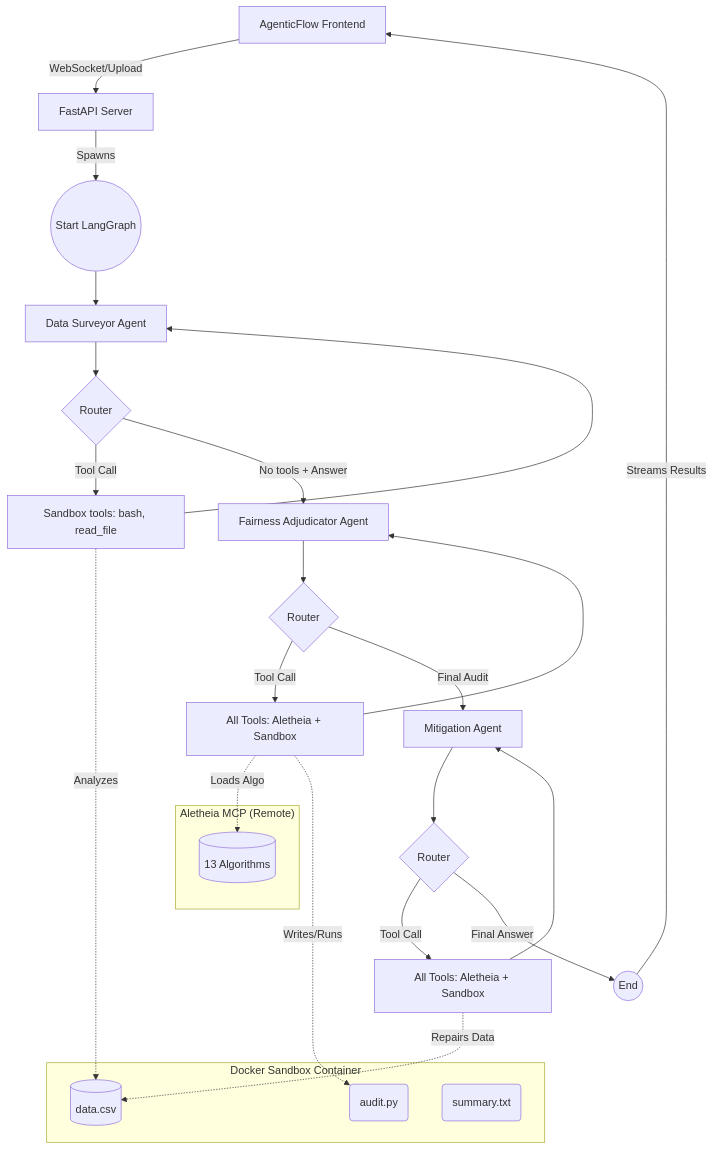
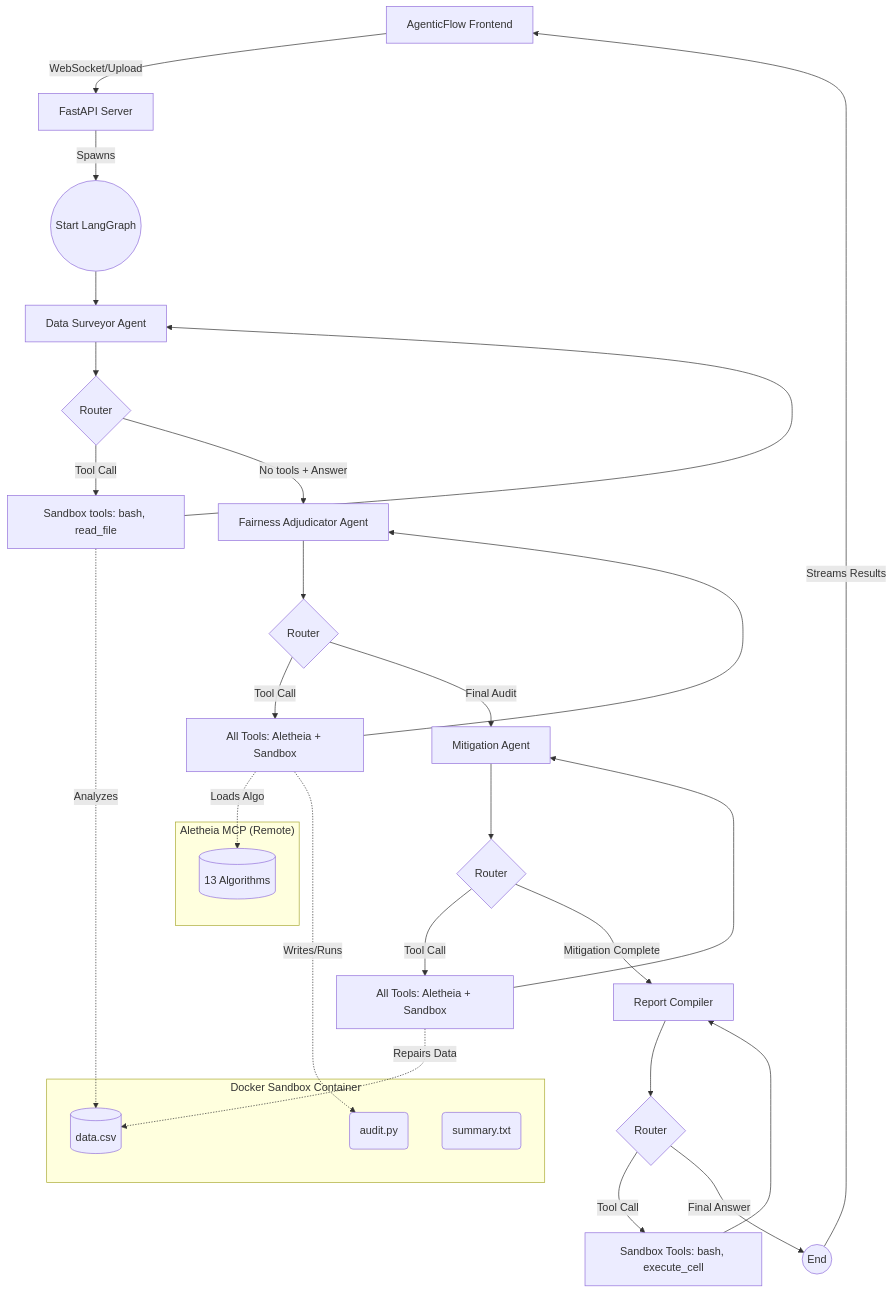
Before and after one commit to Aditya5191/Aletheia-AI: the diagram in README.md, drawn with Mermaid. The commit also changed other lines of this file and 10 other files, not shown here.

````diff
--- a/README.md
+++ b/README.md
@@ -82,47 +82,55 @@
 ```mermaid
 graph TD
     UI[AgenticFlow Frontend] -->|WebSocket/Upload| API[FastAPI Server]
     API -->|Spawns| START((Start LangGraph))
     START --> DS[Data Surveyor Agent]
     DS --> DS_ROUT{Router}
     
     %% Surveyor Loop
     DS_ROUT -->|Tool Call| ST[Sandbox tools: bash, read_file]
     ST --> DS
     
     %% Handoff
     DS_ROUT -->|No tools + Answer| FA[Fairness Adjudicator Agent]
     
     %% Adjudicator Loop
     FA --> FA_ROUT{Router}
     FA_ROUT -->|Tool Call| AT[All Tools: Aletheia + Sandbox]
     AT --> FA
     
     %% Mitigation Handoff
     FA_ROUT -->|Final Audit| MA[Mitigation Agent]
 
     %% Mitigation Loop
     MA --> MA_ROUT{Router}
     MA_ROUT -->|Tool Call| MT[All Tools: Aletheia + Sandbox]
     MT --> MA
 
+    %% Report Handoff
+    MA_ROUT -->|Mitigation Complete| RC[Report Compiler]
+    
+    %% Report Loop
+    RC --> RC_ROUT{Router}
+    RC_ROUT -->|Tool Call| RT[Sandbox Tools: bash, execute_cell]
+    RT --> RC
+
     %% End
-    MA_ROUT -->|Final Answer| END((End))
+    RC_ROUT -->|Final Answer| END((End))
     END -->|Streams Results| UI
 
     subgraph "Docker Sandbox Container"
     data[(data.csv)]
     audit_file(audit.py)
     profile_file(summary.txt)
     end
 
     subgraph "Aletheia MCP (Remote)"
     algo_db[(13 Algorithms)]
     end
 
     %% Interactions
     ST -.->|Analyzes| data
     AT -.->|Loads Algo| algo_db
     AT -.->|Writes/Runs| audit_file
     MT -.->|Repairs Data| data
 ```
````
